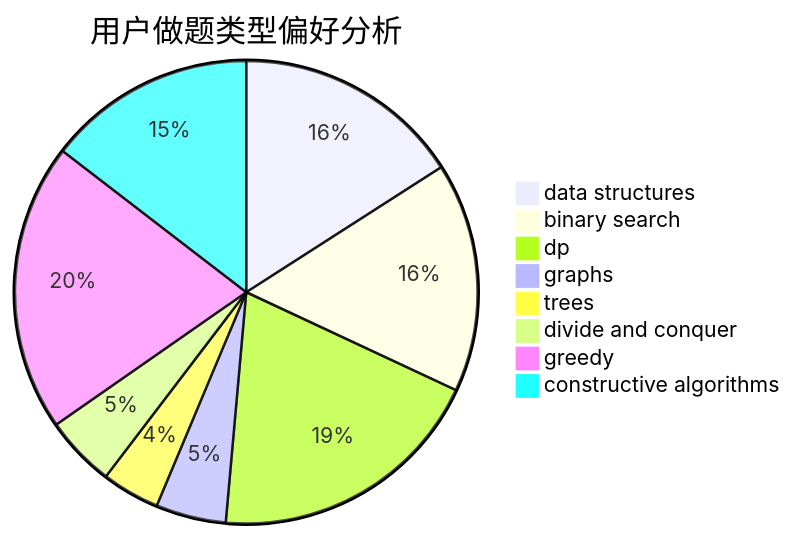
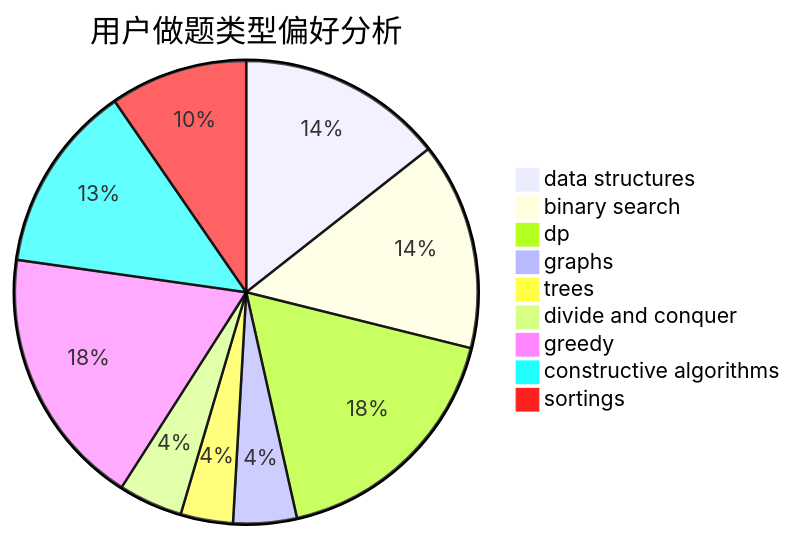
One commit to sherpahu/cfrs.github.io changed the second of 3 diagrams in docs/user/u77.md. Above: the diagram before and after it, drawn with Mermaid. The commit also changed other lines of this file and 2769 other files, not shown here.

````diff
--- a/docs/user/u77.md
+++ b/docs/user/u77.md
@@ -23,11 +18,12 @@
 ```mermaid
 pie title 用户做题类型偏好分析
     "data structures" :  315
     "binary search" :  317
     "dp" :  385
     "graphs" :  97
     "trees" :  80
     "divide and conquer" :  98
     "greedy" :  398
     "constructive algorithms" :  288
+    "sortings" :  210
 ```
````
